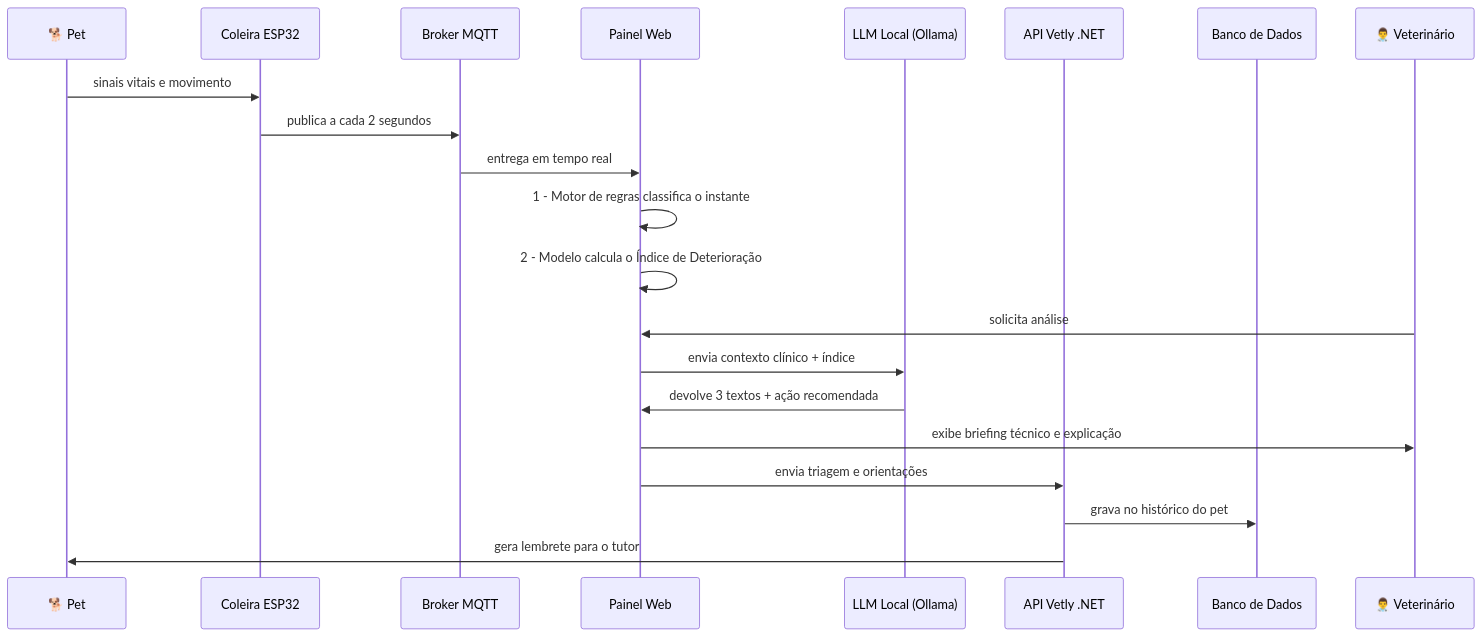
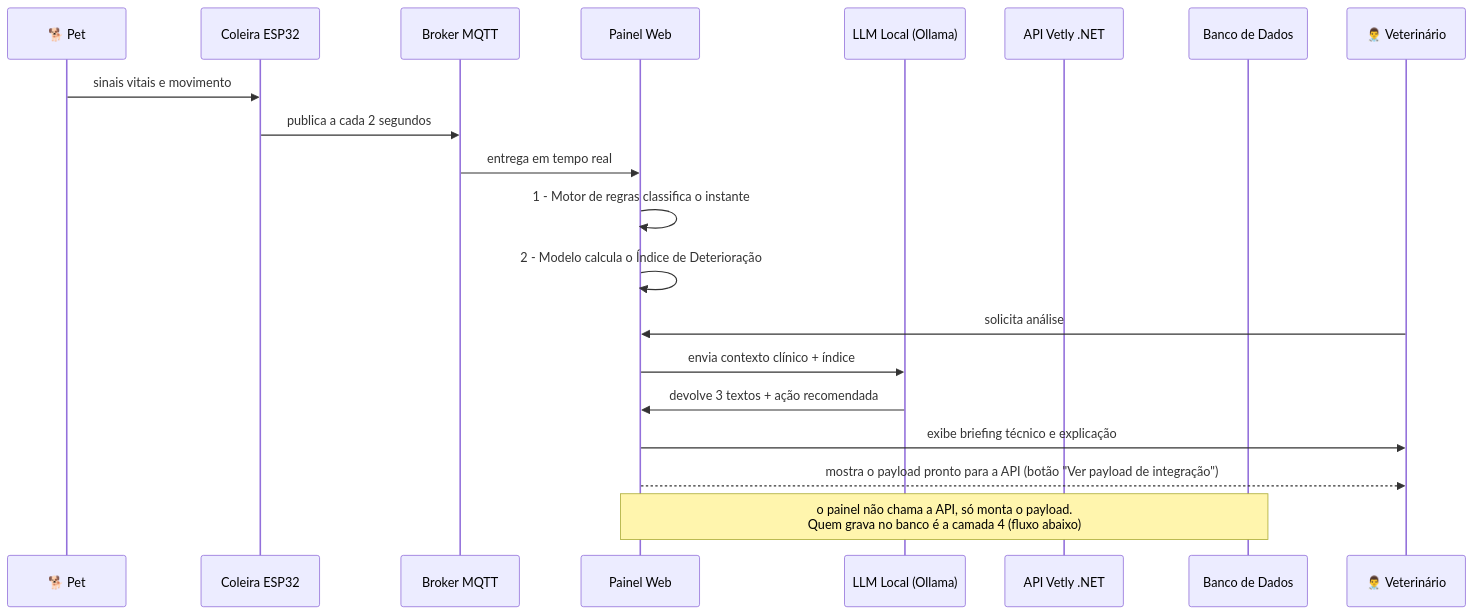
The second of 3 diagrams in README.md (challenge-vetly/vetly-iot), drawn with Mermaid before and after one commit. The commit also changed other lines of this file, not shown here.

Commit message:
docs: revisão geral para a entrega (mapa da avaliação, diagramas e tabela de personalização)

````diff
--- a/README.md
+++ b/README.md
@@ -277,24 +280,23 @@
 ```mermaid
 sequenceDiagram
     participant P as 🐕 Pet
     participant C as Coleira ESP32
     participant M as Broker MQTT
     participant D as Painel Web
     participant L as LLM Local (Ollama)
     participant A as API Vetly .NET
     participant B as Banco de Dados
     participant V as 👨‍⚕️ Veterinário
 
     P->>C: sinais vitais e movimento
     C->>M: publica a cada 2 segundos
     M->>D: entrega em tempo real
     D->>D: 1 - Motor de regras classifica o instante
     D->>D: 2 - Modelo calcula o Índice de Deterioração
     V->>D: solicita análise
     D->>L: envia contexto clínico + índice
     L->>D: devolve 3 textos + ação recomendada
     D->>V: exibe briefing técnico e explicação
-    D->>A: envia triagem e orientações
-    A->>B: grava no histórico do pet
-    A->>P: gera lembrete para o tutor
+    D-->>V: mostra o payload pronto para a API (botão "Ver payload de integração")
+    Note over D,B: o painel não chama a API, só monta o payload.<br/>Quem grava no banco é a camada 4 (fluxo abaixo)
 ```
````
